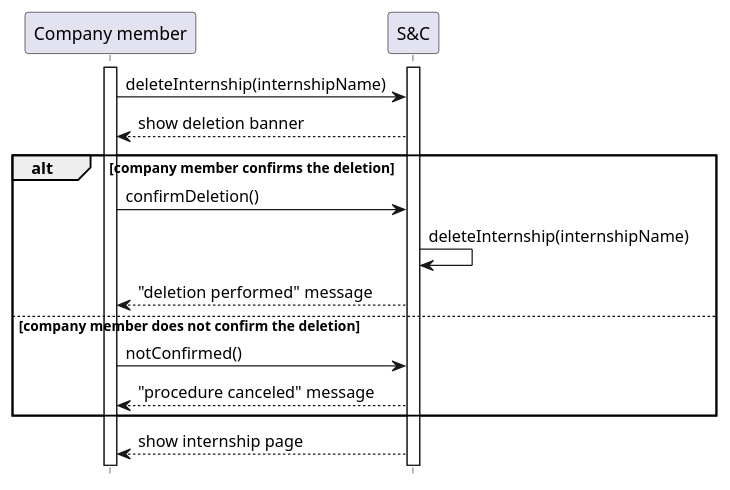
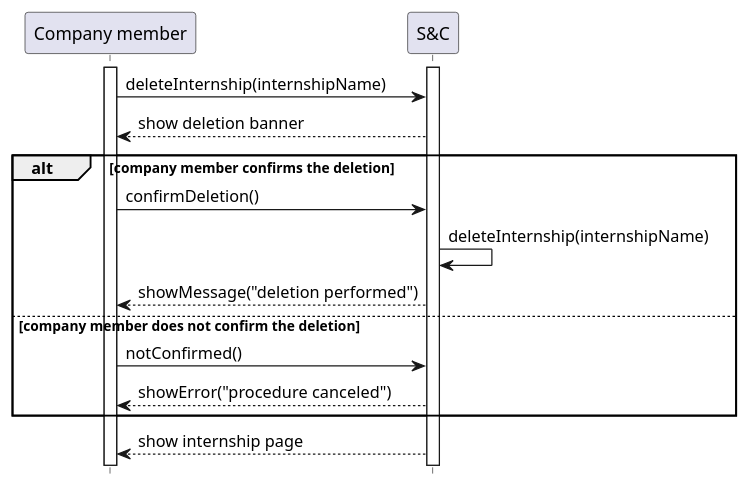
The diagram in RASD/Specific_requirements/uml_diagrams/UC7_diagram.puml (matti8702/R_and_DD_project_SE2), drawn with PlantUML before and after one commit. The commit also changed 7 other files, not shown here.

Commit message:
refactor: introduce showError and showMessage functions in sequence diagrams

```diff
--- a/RASD/Specific_requirements/uml_diagrams/UC7_diagram.puml
+++ b/RASD/Specific_requirements/uml_diagrams/UC7_diagram.puml
@@ -1,20 +1,20 @@
 @startuml UC7_diagram
 hide footbox
 
 participant "Company member" as CM
 participant "S&C" AS S
 
 activate S
 activate CM
 CM -> S: deleteInternship(internshipName)
 S --> CM: show deletion banner
 alt company member confirms the deletion
     CM -> S: confirmDeletion()
     S -> S: deleteInternship(internshipName)
-    S --> CM: "deletion performed" message
+    S --> CM: showMessage("deletion performed")
 else company member does not confirm the deletion
     CM -> S: notConfirmed()
-    S --> CM: "procedure canceled" message
+    S --> CM: showError("procedure canceled")
 end
 S --> CM: show internship page
 @enduml
```
